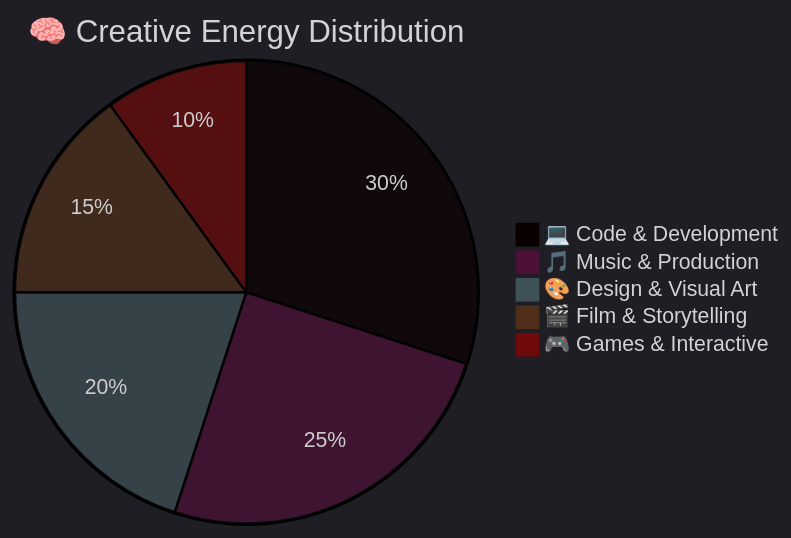
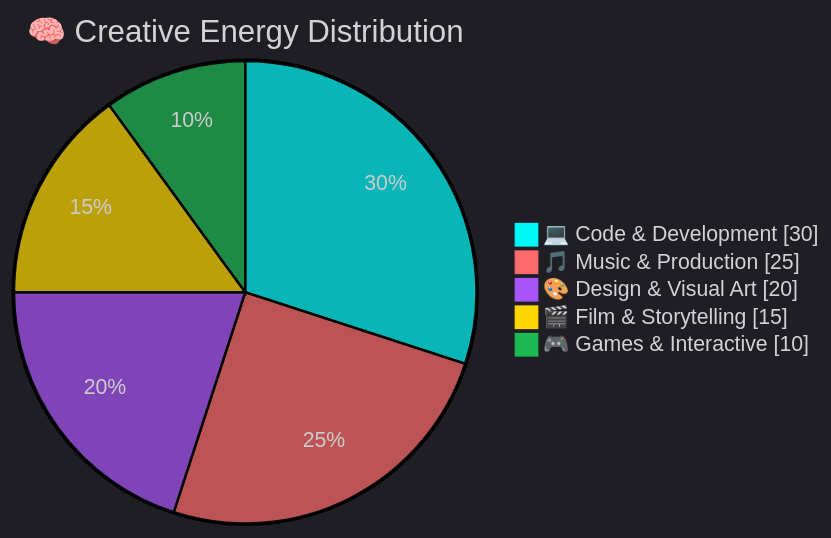
The diagram in README.md (iakadion/iakadion), drawn with Mermaid before and after one commit. The commit also changed other lines of this file and 14 other files, not shown here.

````diff
--- a/README.md
+++ b/README.md
@@ -158,9 +55,10 @@
 ```mermaid
-%%{init: {'theme':'dark','themeVariables':{'primaryColor':'#00f7f7','primaryTextColor':'#fff','lineColor':'#58a6ff'}}}%%
-pie title 🧠 Creative Energy Distribution
+%%{init: {'theme':'dark','themeVariables':{'pie1':'#00f7f7','pie2':'#ff6b6b','pie3':'#a855f7','pie4':'#ffd700','pie5':'#1DB954'}}}%%
+pie showData
+title 🧠 Creative Energy Distribution
 "💻 Code & Development" : 30
 "🎵 Music & Production" : 25
 "🎨 Design & Visual Art" : 20
 "🎬 Film & Storytelling" : 15
 "🎮 Games & Interactive" : 10
 ```
````
